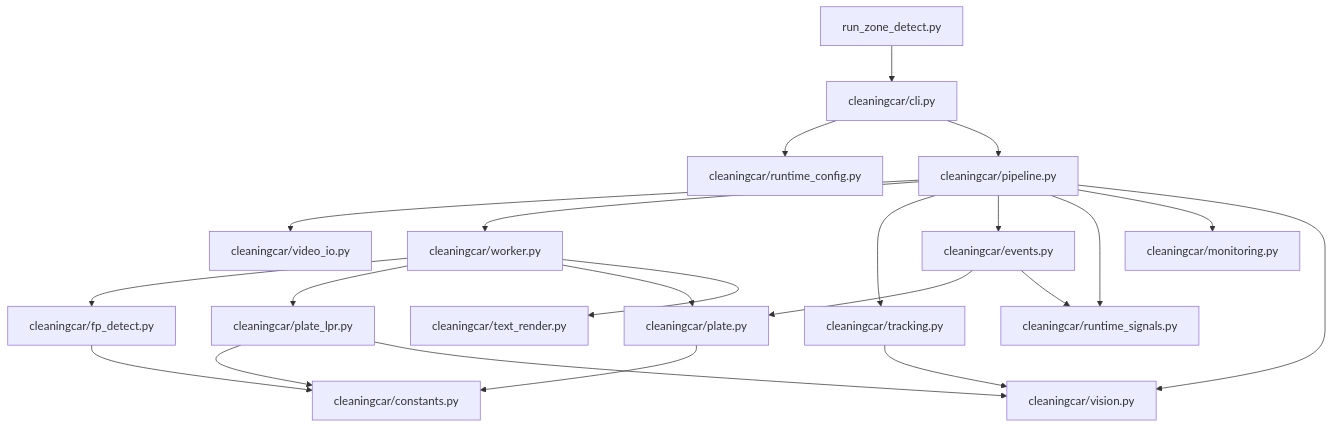
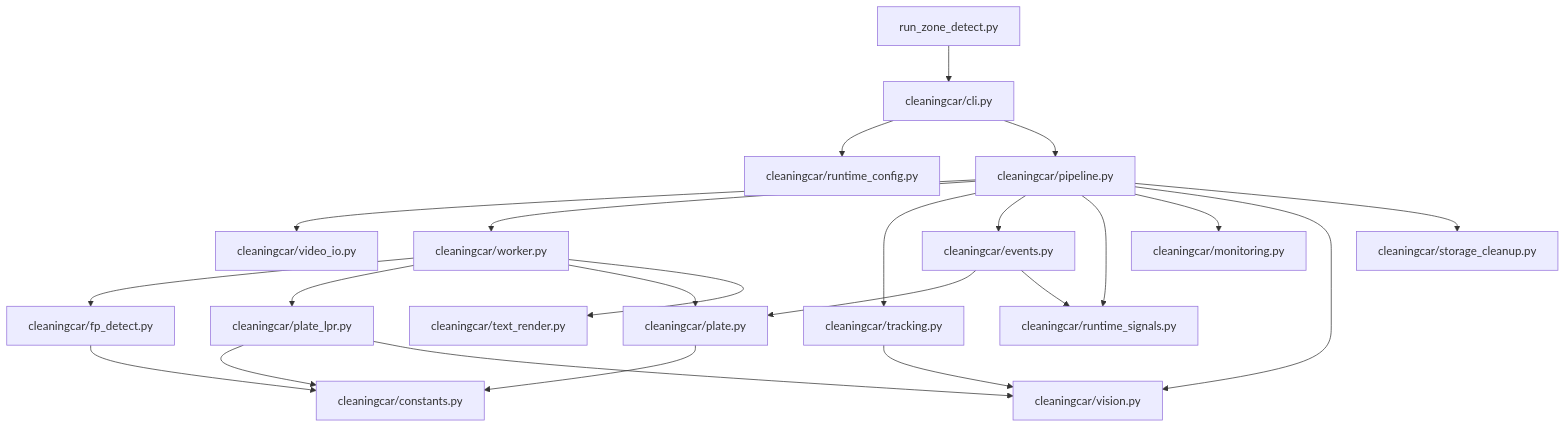
One commit to NanQING02/2026.3.15cleaningcar-codex changed the diagram in cleaningcar/README.md. Above: the diagram before and after it, drawn with Mermaid. The commit also changed other lines of this file and 45 other files, not shown here.

````diff
--- a/cleaningcar/README.md
+++ b/cleaningcar/README.md
@@ -82,27 +87,28 @@
 ```mermaid
 flowchart TD
     A["run_zone_detect.py"] --> B["cleaningcar/cli.py"]
     B --> C["cleaningcar/runtime_config.py"]
     B --> D["cleaningcar/pipeline.py"]
 
     D --> E["cleaningcar/video_io.py"]
     D --> F["cleaningcar/worker.py"]
     D --> G["cleaningcar/tracking.py"]
     D --> H["cleaningcar/events.py"]
     D --> I["cleaningcar/runtime_signals.py"]
     D --> J["cleaningcar/monitoring.py"]
     D --> K["cleaningcar/vision.py"]
+    D --> L["cleaningcar/storage_cleanup.py"]
 
-    F --> L["cleaningcar/fp_detect.py"]
-    F --> M["cleaningcar/plate_lpr.py"]
-    F --> N["cleaningcar/plate.py"]
-    F --> O["cleaningcar/text_render.py"]
+    F --> M["cleaningcar/fp_detect.py"]
+    F --> N["cleaningcar/plate_lpr.py"]
+    F --> O["cleaningcar/plate.py"]
+    F --> P["cleaningcar/text_render.py"]
 
-    L --> P["cleaningcar/constants.py"]
-    M --> P
-    N --> P
-    H --> N
+    M --> Q["cleaningcar/constants.py"]
+    N --> Q
+    O --> Q
+    H --> O
     H --> I
     G --> K
-    M --> K
+    N --> K
 ```
````
